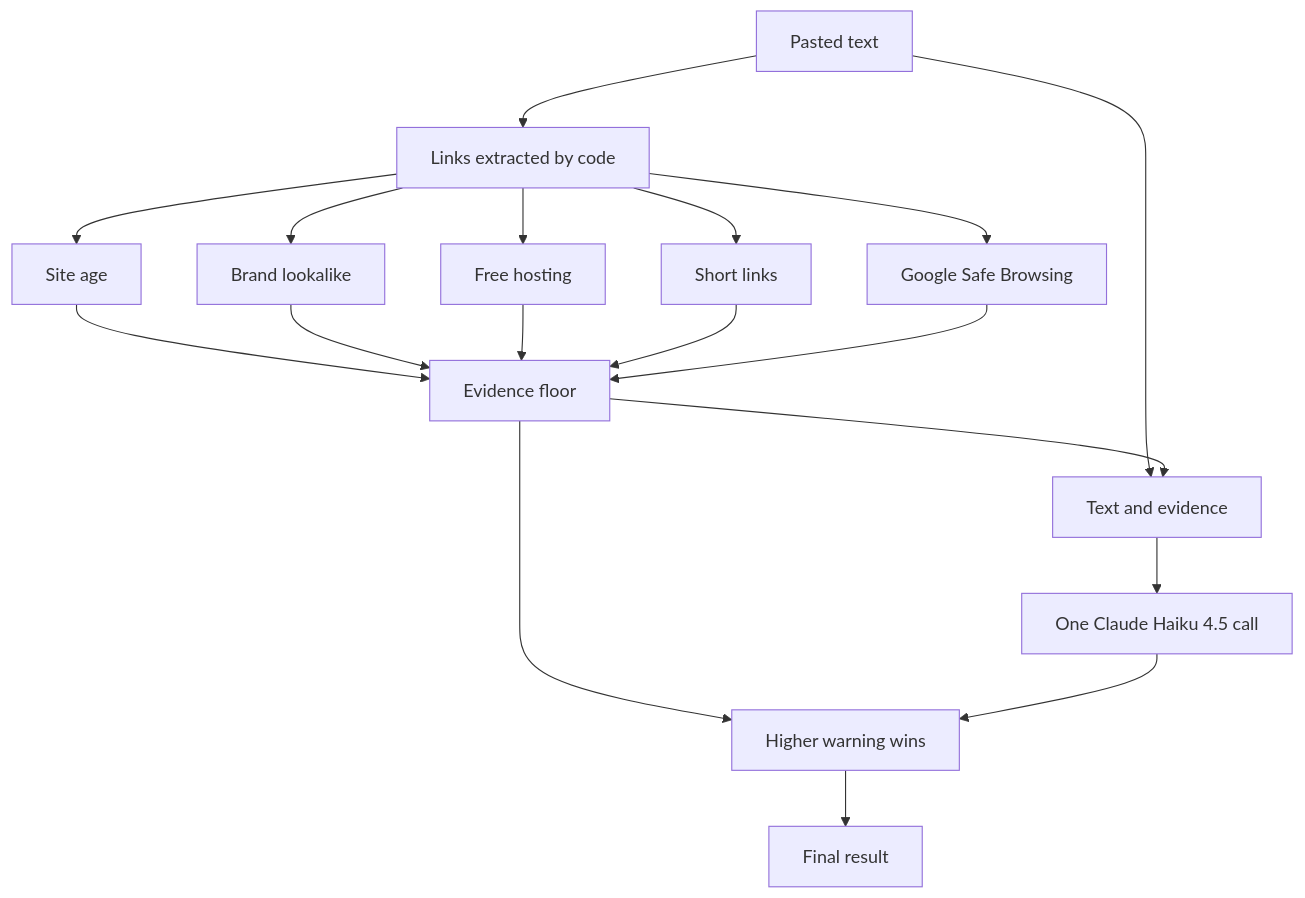
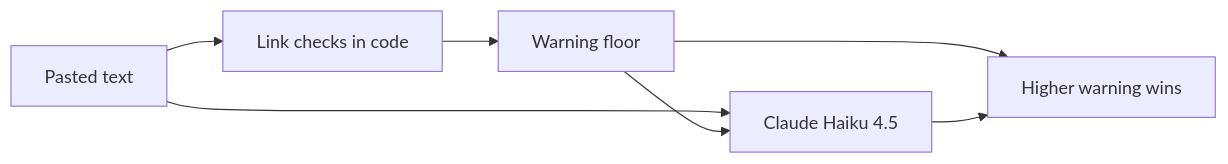
Before and after one commit to eudypte/second-look: the diagram in README.md, drawn with Mermaid. The commit also changed other lines of this file and 7 other files, not shown here.

````diff
--- a/README.md
+++ b/README.md
@@ -27,20 +21,9 @@
 ```mermaid
-flowchart TD
-    A[Pasted text] --> B[Links extracted by code]
-    B --> C[Site age]
-    B --> D[Brand lookalike]
-    B --> E[Free hosting]
-    B --> F[Short links]
-    B --> G[Google Safe Browsing]
-    C --> H[Evidence floor]
-    D --> H
-    E --> H
-    F --> H
-    G --> H
-    A --> I[Text and evidence]
-    H --> I
-    I --> J[One Claude Haiku 4.5 call]
-    H --> K[Higher warning wins]
-    J --> K
-    K --> L[Final result]
+flowchart LR
+    A[Pasted text] --> B[Link checks in code]
+    B --> C[Warning floor]
+    A --> D[Claude Haiku 4.5]
+    C --> D
+    C --> E[Higher warning wins]
+    D --> E
 ```
````
